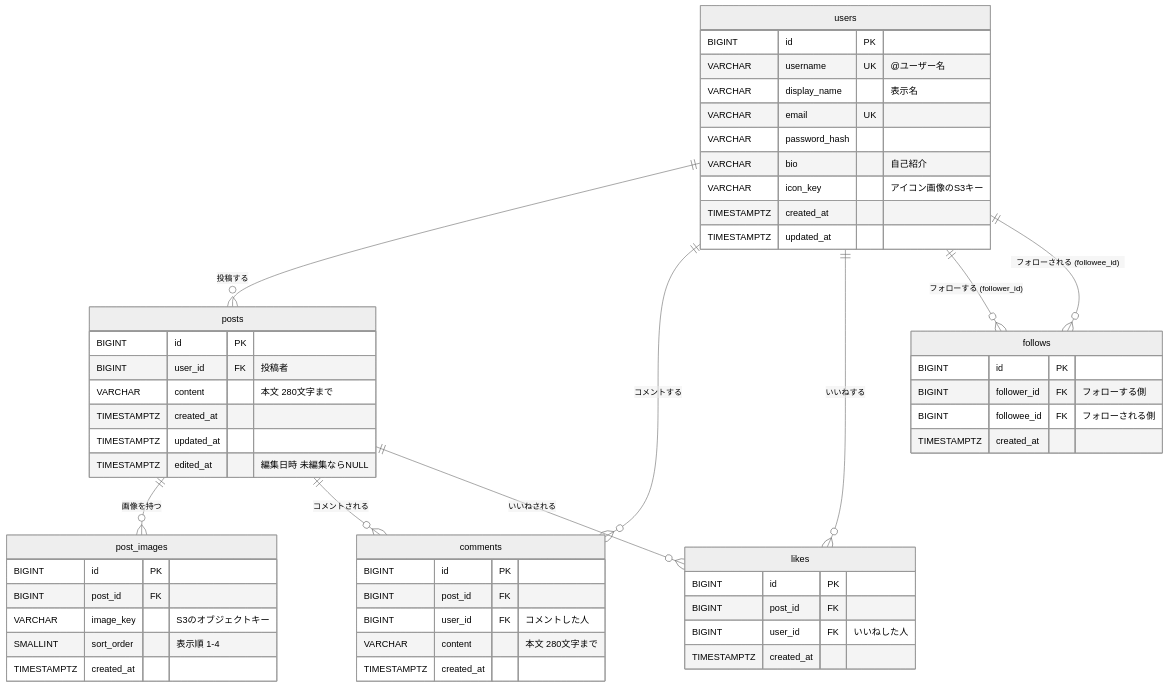
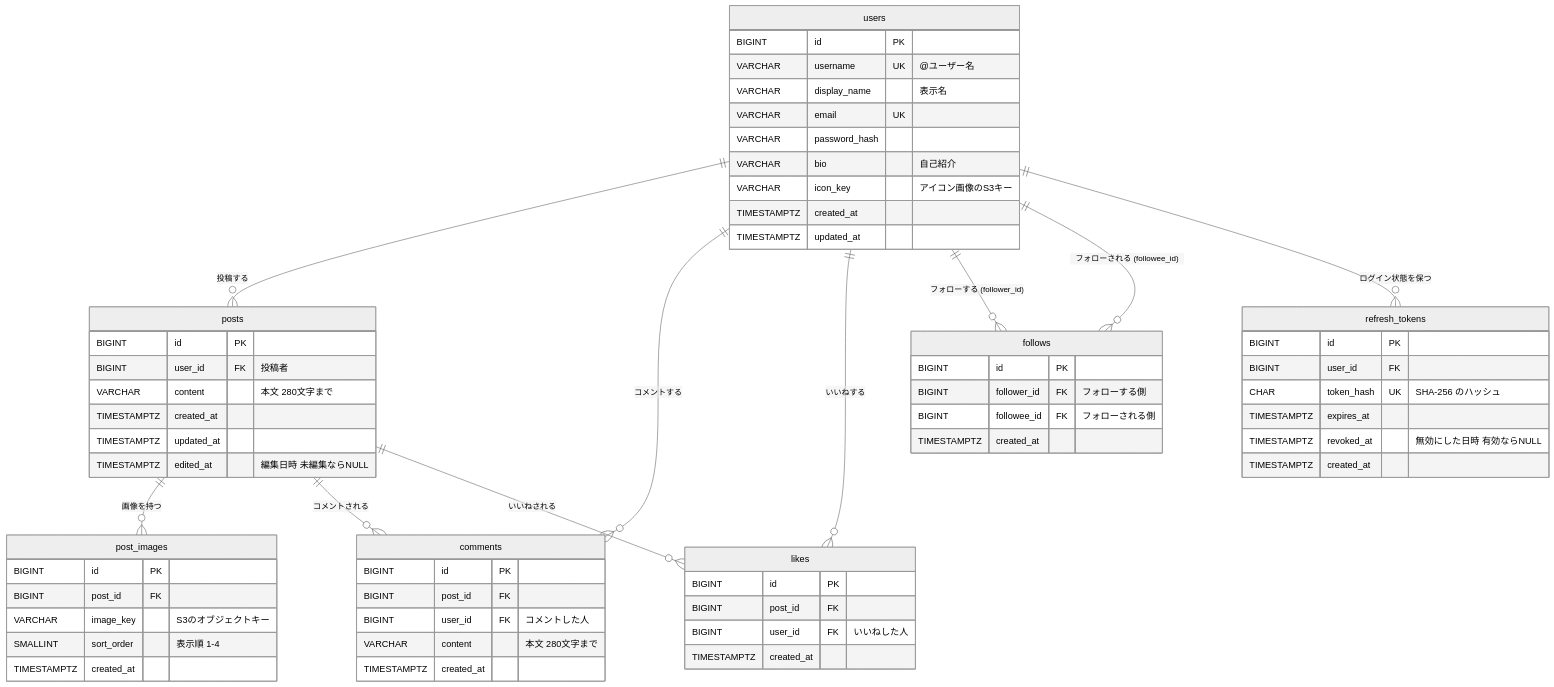
The diagram in docs/database.md (okky0908-prog/sns-app), drawn with Mermaid (neutral theme) before and after one commit. The commit also changed other lines of this file and 30 other files, not shown here.

````diff
--- a/docs/database.md
+++ b/docs/database.md
@@ -10,62 +10,72 @@
 ```mermaid
 erDiagram
     users ||--o{ posts : "投稿する"
     users ||--o{ comments : "コメントする"
     users ||--o{ likes : "いいねする"
     users ||--o{ follows : "フォローする (follower_id)"
     users ||--o{ follows : "フォローされる (followee_id)"
+    users ||--o{ refresh_tokens : "ログイン状態を保つ"
     posts ||--o{ post_images : "画像を持つ"
     posts ||--o{ comments : "コメントされる"
     posts ||--o{ likes : "いいねされる"
 
     users {
         BIGINT id PK
         VARCHAR username UK "@ユーザー名"
         VARCHAR display_name "表示名"
         VARCHAR email UK
         VARCHAR password_hash
         VARCHAR bio "自己紹介"
         VARCHAR icon_key "アイコン画像のS3キー"
         TIMESTAMPTZ created_at
         TIMESTAMPTZ updated_at
     }
 
     posts {
         BIGINT id PK
         BIGINT user_id FK "投稿者"
         VARCHAR content "本文 280文字まで"
         TIMESTAMPTZ created_at
         TIMESTAMPTZ updated_at
         TIMESTAMPTZ edited_at "編集日時 未編集ならNULL"
     }
 
     post_images {
         BIGINT id PK
         BIGINT post_id FK
         VARCHAR image_key "S3のオブジェクトキー"
         SMALLINT sort_order "表示順 1-4"
         TIMESTAMPTZ created_at
     }
 
     comments {
         BIGINT id PK
         BIGINT post_id FK
         BIGINT user_id FK "コメントした人"
         VARCHAR content "本文 280文字まで"
         TIMESTAMPTZ created_at
     }
 
     likes {
         BIGINT id PK
         BIGINT post_id FK
         BIGINT user_id FK "いいねした人"
         TIMESTAMPTZ created_at
     }
 
     follows {
         BIGINT id PK
         BIGINT follower_id FK "フォローする側"
         BIGINT followee_id FK "フォローされる側"
         TIMESTAMPTZ created_at
     }
+
+    refresh_tokens {
+        BIGINT id PK
+        BIGINT user_id FK
+        CHAR token_hash UK "SHA-256 のハッシュ"
+        TIMESTAMPTZ expires_at
+        TIMESTAMPTZ revoked_at "無効にした日時 有効ならNULL"
+        TIMESTAMPTZ created_at
+    }
 ```
````
